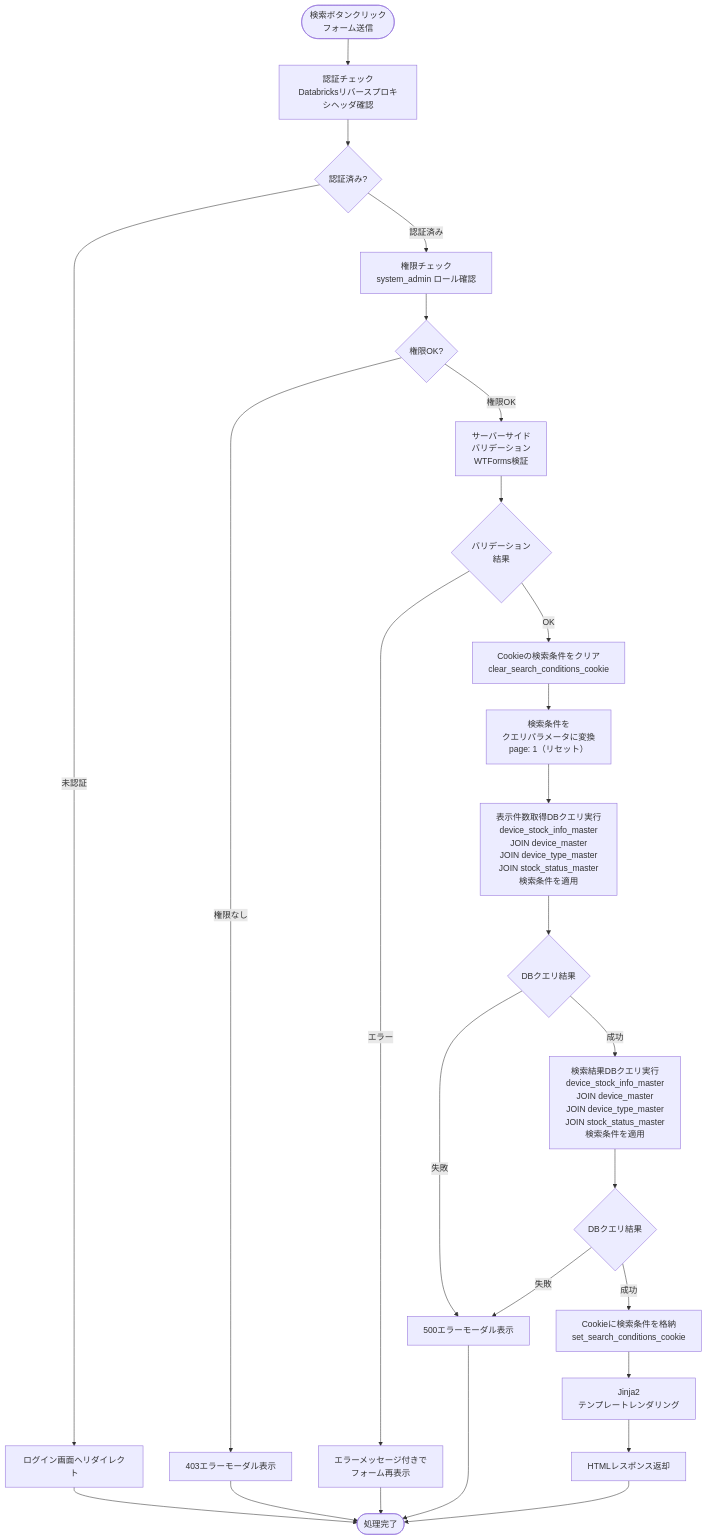
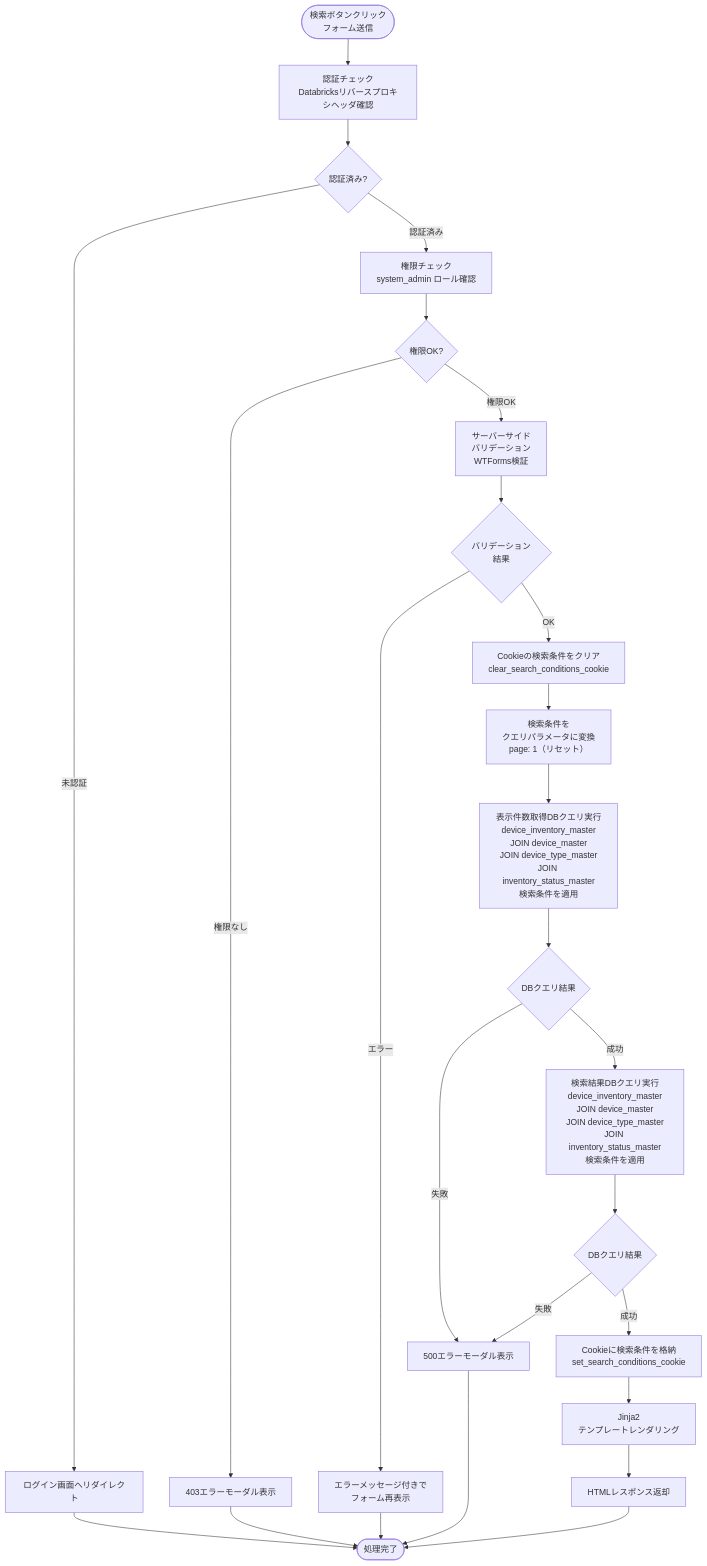
The second of 9 diagrams in docs/03-features/flask-app/device-inventory/workflow-specification.md (NSW-SVCP-AIWG002/Databricks-IoT), drawn with Mermaid before and after one commit. The commit also changed other lines of this file and 4 other files, not shown here.

````diff
--- a/docs/03-features/flask-app/device-inventory/workflow-specification.md
+++ b/docs/03-features/flask-app/device-inventory/workflow-specification.md
@@ -298,36 +298,36 @@
 ```mermaid
 flowchart TD
     Start([検索ボタンクリック<br>フォーム送信]) --> Auth[認証チェック<br>Databricksリバースプロキシヘッダ確認]
     Auth --> CheckAuth{認証済み?}
     CheckAuth -->|未認証| Error401[ログイン画面へリダイレクト]
     Error401 --> End([処理完了])
 
     CheckAuth -->|認証済み| Permission[権限チェック<br>system_admin ロール確認]
     Permission --> CheckPerm{権限OK?}
     CheckPerm -->|権限なし| Error403[403エラーモーダル表示]
     Error403 --> End
 
     CheckPerm -->|権限OK| Validate[サーバーサイド<br>バリデーション<br>WTForms検証]
     Validate --> ValidCheck{バリデーション<br>結果}
 
     ValidCheck -->|エラー| ValidError[エラーメッセージ付きで<br>フォーム再表示]
     ValidError --> End
 
     ValidCheck -->|OK| ClearCookie[Cookieの検索条件をクリア<br>clear_search_conditions_cookie]
     ClearCookie --> Convert[検索条件を<br>クエリパラメータに変換<br>page: 1（リセット）]
-    Convert --> Count[表示件数取得DBクエリ実行<br>device_stock_info_master<br>JOIN device_master<br>JOIN device_type_master<br>JOIN stock_status_master<br>検索条件を適用]
+    Convert --> Count[表示件数取得DBクエリ実行<br>device_inventory_master<br>JOIN device_master<br>JOIN device_type_master<br>JOIN inventory_status_master<br>検索条件を適用]
     Count --> CheckDB{DBクエリ結果}
 
     CheckDB -->|失敗| Error500[500エラーモーダル表示]
     Error500 --> End
 
-    CheckDB -->|成功| Query[検索結果DBクエリ実行<br>device_stock_info_master<br>JOIN device_master<br>JOIN device_type_master<br>JOIN stock_status_master<br>検索条件を適用]
+    CheckDB -->|成功| Query[検索結果DBクエリ実行<br>device_inventory_master<br>JOIN device_master<br>JOIN device_type_master<br>JOIN inventory_status_master<br>検索条件を適用]
     Query --> CheckDB2{DBクエリ結果}
 
     CheckDB2 -->|失敗| Error500
 
     CheckDB2 -->|成功| PutParams[Cookieに検索条件を格納<br>set_search_conditions_cookie]
     PutParams --> Template[Jinja2<br>テンプレートレンダリング]
     Template --> Response[HTMLレスポンス返却]
     Response --> End
 ```
````
